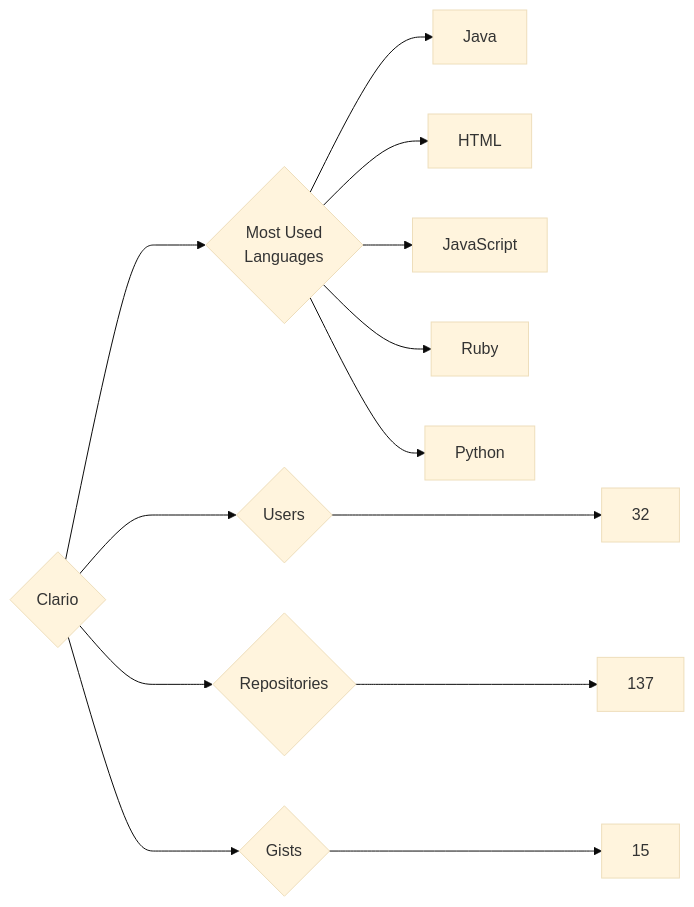
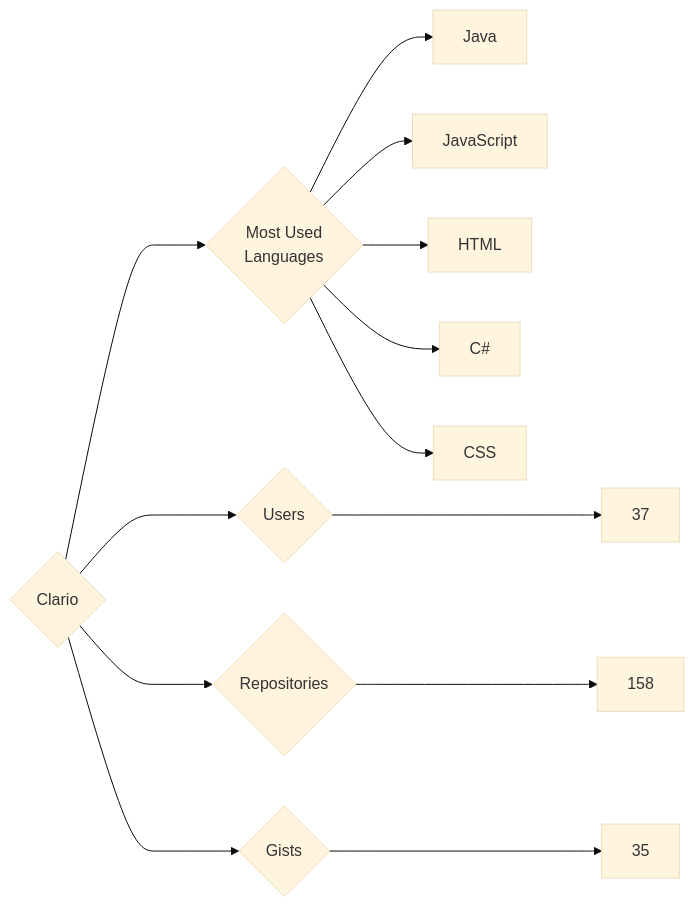
One commit to trickest/insiders changed the diagram in targets/Clario/README.md. Above: the diagram before and after it, drawn with Mermaid (base theme). The commit also changed 1084 other files, not shown here.

````diff
--- a/targets/Clario/README.md
+++ b/targets/Clario/README.md
@@ -3,13 +3,13 @@
 ```mermaid
 graph LR
 COMPANY_NAME{Clario}
-COMPANY_NAME ---> U{Users} ---> UN[32]
-COMPANY_NAME ---> R{Repositories} ---> RN[137]
-COMPANY_NAME ---> G{Gists} ---> GN[15]
+COMPANY_NAME ---> U{Users} ---> UN[37]
+COMPANY_NAME ---> R{Repositories} ---> RN[158]
+COMPANY_NAME ---> G{Gists} ---> GN[35]
 COMPANY_NAME ---> ML{Most Used<br>Languages}
 ML --> Java[Java]
+ML --> JavaScript[JavaScript]
 ML --> HTML[HTML]
-ML --> JavaScript[JavaScript]
-ML --> Ruby[Ruby]
-ML --> Python[Python]
+ML --> C#[C#]
+ML --> CSS[CSS]
 ```
````
